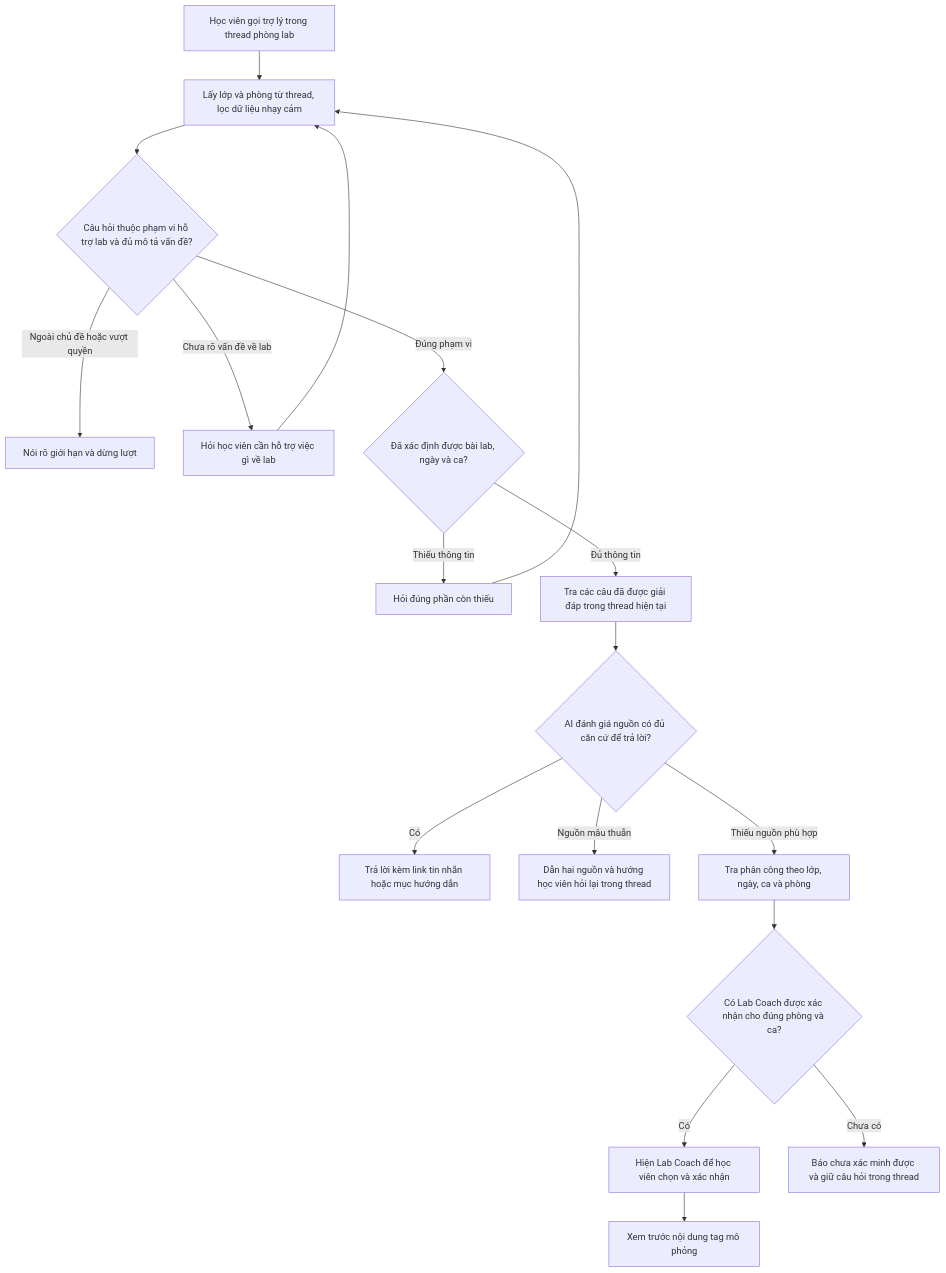
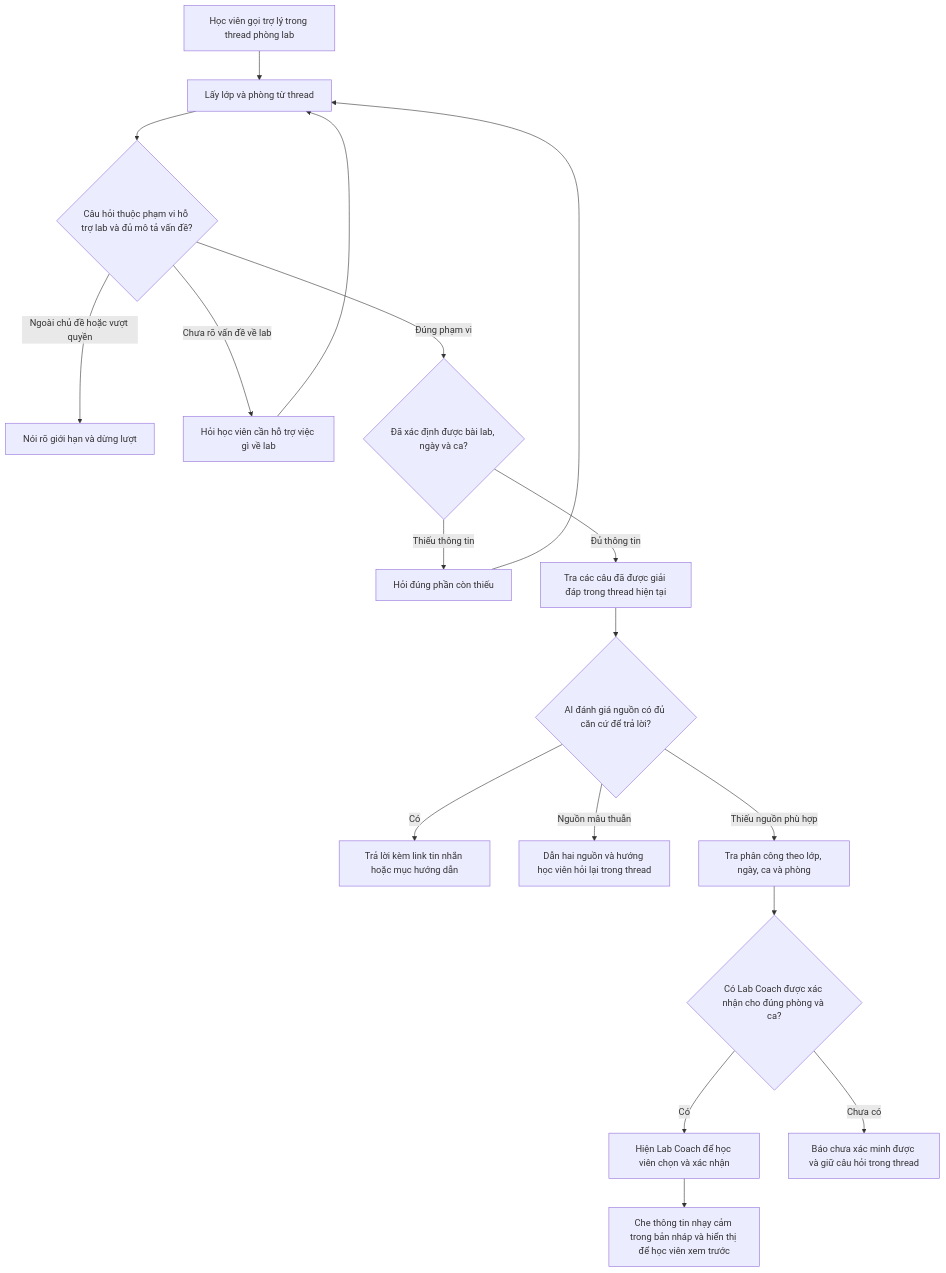
Before and after one commit to duyanhtran2005/K5-Day15-L3A-MergeConflict: the diagram in spec.md, drawn with Mermaid. The commit also changed other lines of this file and 2 other files, not shown here.

````diff
--- a/spec.md
+++ b/spec.md
@@ -46,20 +50,20 @@
   ```mermaid
   flowchart TD
-      A["Học viên gọi trợ lý trong thread phòng lab"] --> B["Lấy lớp và phòng từ thread, lọc dữ liệu nhạy cảm"]
+      A["Học viên gọi trợ lý trong thread phòng lab"] --> B["Lấy lớp và phòng từ thread"]
       B --> S{"Câu hỏi thuộc phạm vi hỗ trợ lab và đủ mô tả vấn đề?"}
       S -->|Ngoài chủ đề hoặc vượt quyền| R["Nói rõ giới hạn và dừng lượt"]
       S -->|Chưa rõ vấn đề về lab| Q["Hỏi học viên cần hỗ trợ việc gì về lab"]
       Q --> B
       S -->|Đúng phạm vi| C{"Đã xác định được bài lab, ngày và ca?"}
       C -->|Thiếu thông tin| D["Hỏi đúng phần còn thiếu"]
       D --> B
       C -->|Đủ thông tin| E["Tra các câu đã được giải đáp trong thread hiện tại"]
       E --> F{"AI đánh giá nguồn có đủ căn cứ để trả lời?"}
       F -->|Có| G["Trả lời kèm link tin nhắn hoặc mục hướng dẫn"]
       F -->|Nguồn mâu thuẫn| P["Dẫn hai nguồn và hướng học viên hỏi lại trong thread"]
       F -->|Thiếu nguồn phù hợp| H["Tra phân công theo lớp, ngày, ca và phòng"]
       H --> I{"Có Lab Coach được xác nhận cho đúng phòng và ca?"}
       I -->|Có| J["Hiện Lab Coach để học viên chọn và xác nhận"]
       I -->|Chưa có| K["Báo chưa xác minh được và giữ câu hỏi trong thread"]
-      J --> L["Xem trước nội dung tag mô phỏng"]
+      J --> L["Che thông tin nhạy cảm trong bản nháp và hiển thị để học viên xem trước"]
   ```
````
